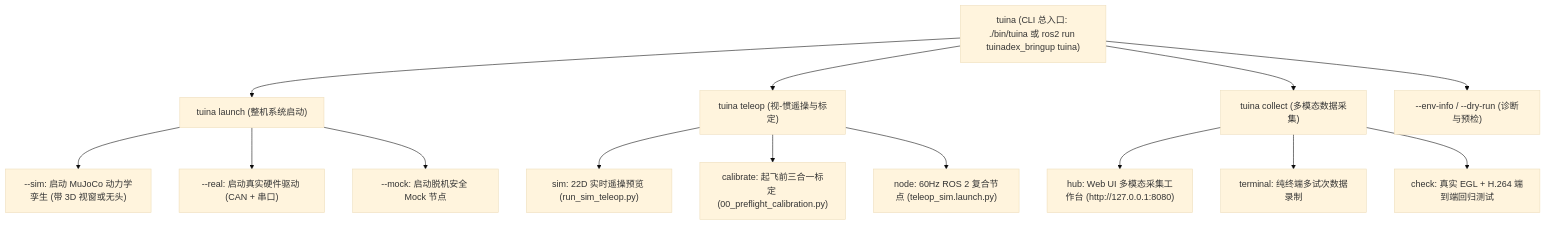
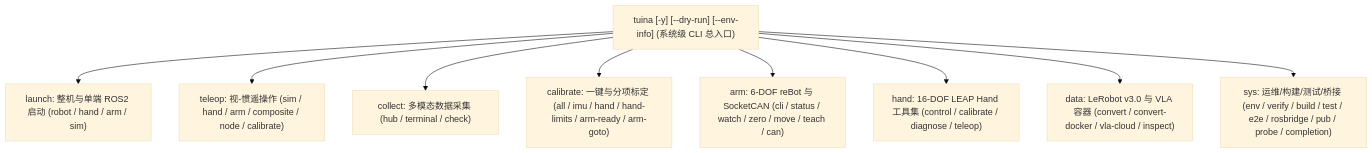
The first of 2 diagrams in src/tuinadex_bringup/README.md (MacroBright/TuinaDex_v2.0), drawn with Mermaid (base theme) before and after one commit. The commit also changed other lines of this file and 20 other files, not shown here.

Commit message:
feat(cli): add unified 8-domain tuina CLI, completions, and gate test compatibility

````diff
--- a/src/tuinadex_bringup/README.md
+++ b/src/tuinadex_bringup/README.md
@@ -85,21 +94,13 @@
 ```mermaid
 flowchart TD
-    Root["tuina (CLI 总入口: ./bin/tuina 或 ros2 run tuinadex_bringup tuina)"]
+    Root["tuina [-y] [--dry-run] [--env-info] (系统级 CLI 总入口)"]
 
-    Root --> Launch["tuina launch (整机系统启动)"]
-    Root --> Teleop["tuina teleop (视-惯遥操与标定)"]
-    Root --> Collect["tuina collect (多模态数据采集)"]
-    Root --> Diag["--env-info / --dry-run (诊断与预检)"]
-
-    Launch --> L_Sim["--sim: 启动 MuJoCo 动力学孪生 (带 3D 视窗或无头)"]
-    Launch --> L_Real["--real: 启动真实硬件驱动 (CAN + 串口)"]
-    Launch --> L_Mock["--mock: 启动脱机安全 Mock 节点"]
-
-    Teleop --> T_Sim["sim: 22D 实时遥操预览 (run_sim_teleop.py)"]
-    Teleop --> T_Calib["calibrate: 起飞前三合一标定 (00_preflight_calibration.py)"]
-    Teleop --> T_Node["node: 60Hz ROS 2 复合节点 (teleop_sim.launch.py)"]
-
-    Collect --> C_Hub["hub: Web UI 多模态采集工作台 (http://127.0.0.1:8080)"]
-    Collect --> C_Term["terminal: 纯终端多试次数据录制"]
-    Collect --> C_Check["check: 真实 EGL + H.264 端到端回归测试"]
+    Root --> Launch["launch: 整机与单端 ROS2 启动 (robot / hand / arm / sim)"]
+    Root --> Teleop["teleop: 视-惯遥操作 (sim / hand / arm / composite / node / calibrate)"]
+    Root --> Collect["collect: 多模态数据采集 (hub / terminal / check)"]
+    Root --> Calibrate["calibrate: 一键与分项标定 (all / imu / hand / hand-limits / arm-ready / arm-goto)"]
+    Root --> Arm["arm: 6-DOF reBot 与 SocketCAN (cli / status / watch / zero / move / teach / can)"]
+    Root --> Hand["hand: 16-DOF LEAP Hand 工具集 (control / calibrate / diagnose / teleop)"]
+    Root --> Data["data: LeRobot v3.0 与 VLA 容器 (convert / convert-docker / vla-cloud / inspect)"]
+    Root --> Sys["sys: 运维/构建/测试/桥接 (env / verify / build / test / e2e / rosbridge / pub / probe / completion)"]
 ```
````
